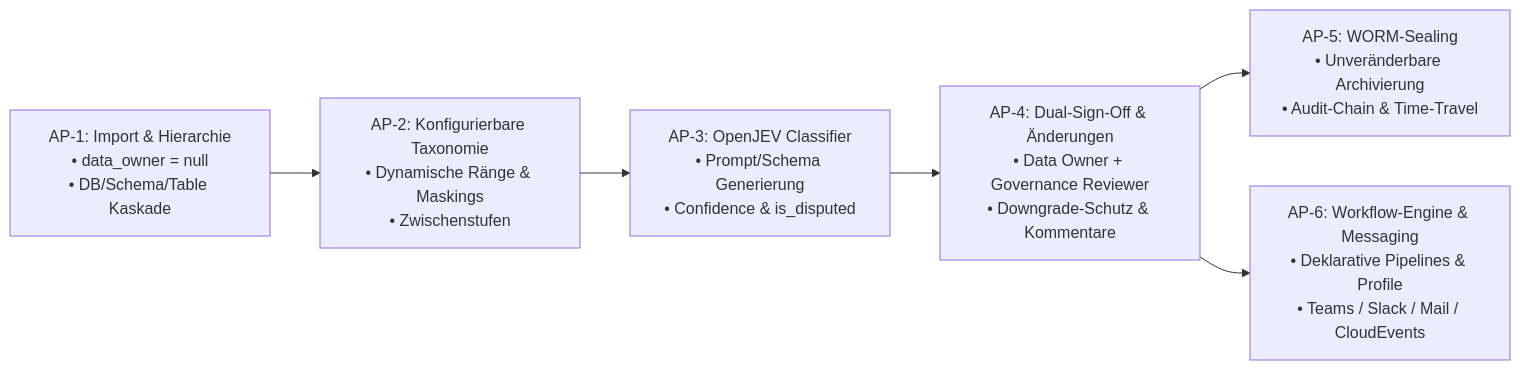
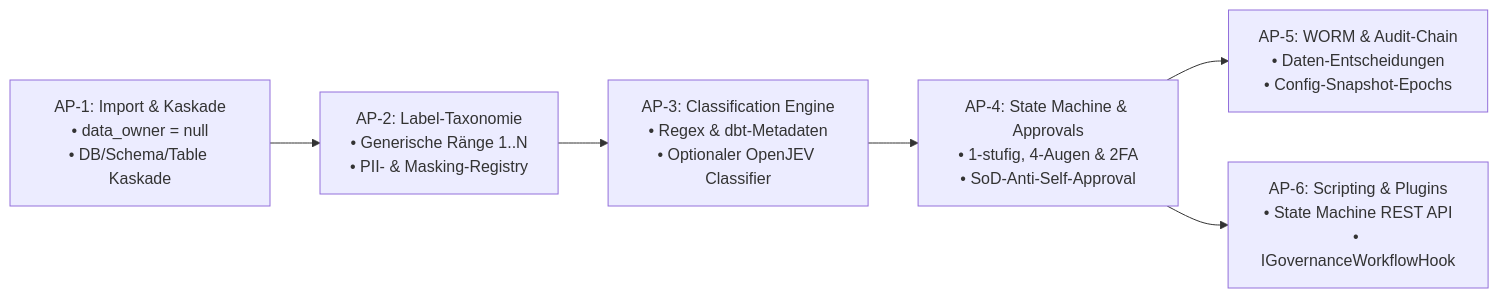
Before and after one commit to themulle/autheris: the sixth of 6 diagrams in docs/plans/2026-10-10-konzept-datenklassifizierung-ki-vorklassifizierung.md, drawn with Mermaid. The commit also changed other lines of this file and 17 other files, not shown here.

First line of the commit message:
feat(governance): implement individualizable data classification & workflow engine

````diff
--- a/docs/plans/2026-10-10-konzept-datenklassifizierung-ki-vorklassifizierung.md
+++ b/docs/plans/2026-10-10-konzept-datenklassifizierung-ki-vorklassifizierung.md
@@ -644,8 +743,8 @@
 ```mermaid
 flowchart LR
-    AP1["AP-1: Import & Hierarchie<br/>• data_owner = null<br/>• DB/Schema/Table Kaskade"] --> AP2["AP-2: Konfigurierbare Taxonomie<br/>• Dynamische Ränge & Maskings<br/>• Zwischenstufen"]
-    AP2 --> AP3["AP-3: OpenJEV Classifier<br/>• Prompt/Schema Generierung<br/>• Confidence & is_disputed"]
-    AP3 --> AP4["AP-4: Dual-Sign-Off & Änderungen<br/>• Data Owner + Governance Reviewer<br/>• Downgrade-Schutz & Kommentare"]
-    AP4 --> AP5["AP-5: WORM-Sealing<br/>• Unveränderbare Archivierung<br/>• Audit-Chain & Time-Travel"]
-    AP4 --> AP6["AP-6: Workflow-Engine & Messaging<br/>• Deklarative Pipelines & Profile<br/>• Teams / Slack / Mail / CloudEvents"]
+    AP1["AP-1: Import & Kaskade<br/>• data_owner = null<br/>• DB/Schema/Table Kaskade"] --> AP2["AP-2: Label-Taxonomie<br/>• Generische Ränge 1..N<br/>• PII- & Masking-Registry"]
+    AP2 --> AP3["AP-3: Classification Engine<br/>• Regex & dbt-Metadaten<br/>• Optionaler OpenJEV Classifier"]
+    AP3 --> AP4["AP-4: State Machine & Approvals<br/>• 1-stufig, 4-Augen & 2FA<br/>• SoD-Anti-Self-Approval"]
+    AP4 --> AP5["AP-5: WORM & Audit-Chain<br/>• Daten-Entscheidungen<br/>• Config-Snapshot-Epochs"]
+    AP4 --> AP6["AP-6: Scripting & Plugins<br/>• State Machine REST API<br/>• IGovernanceWorkflowHook"]
 ```
````
